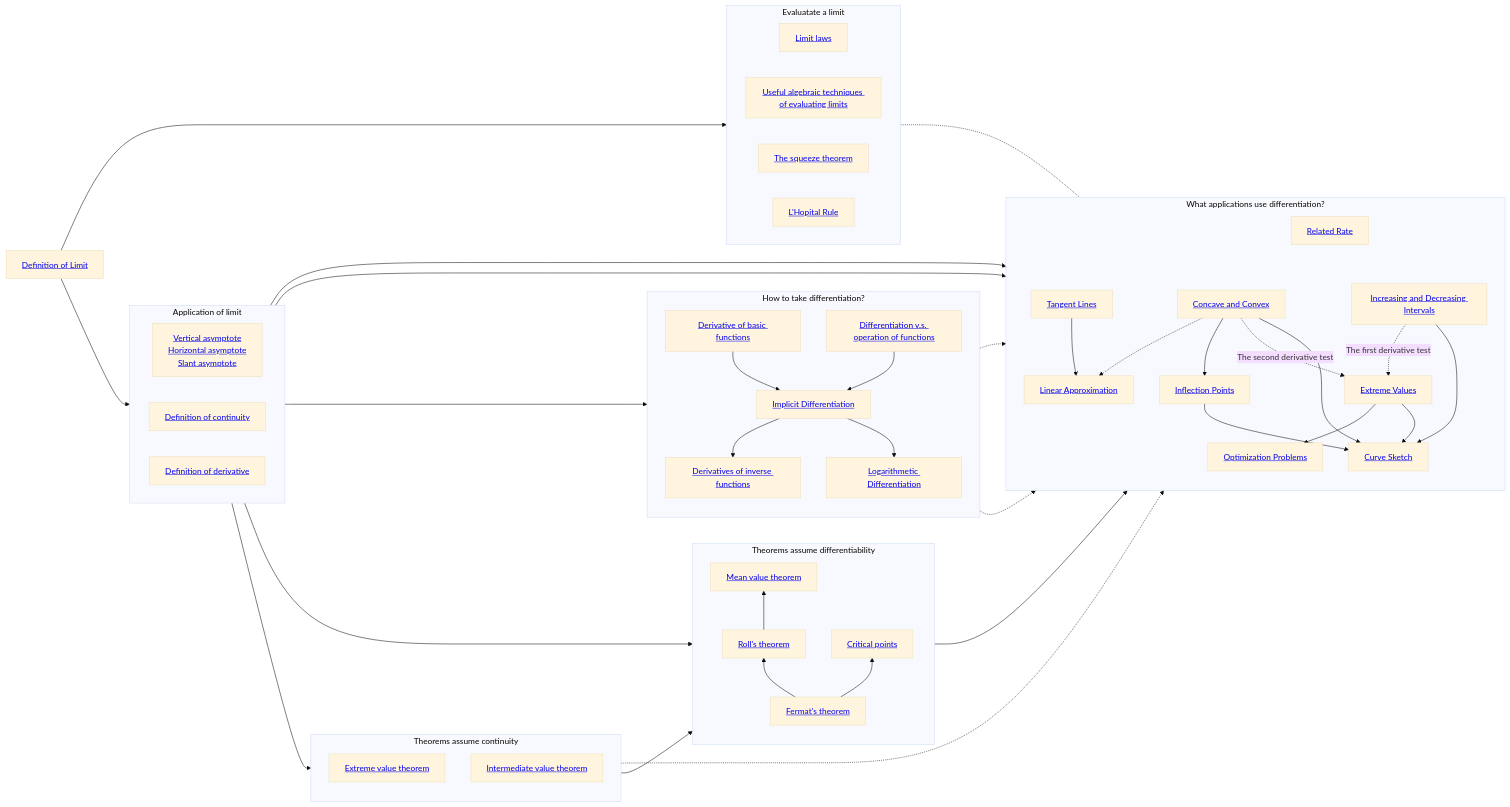
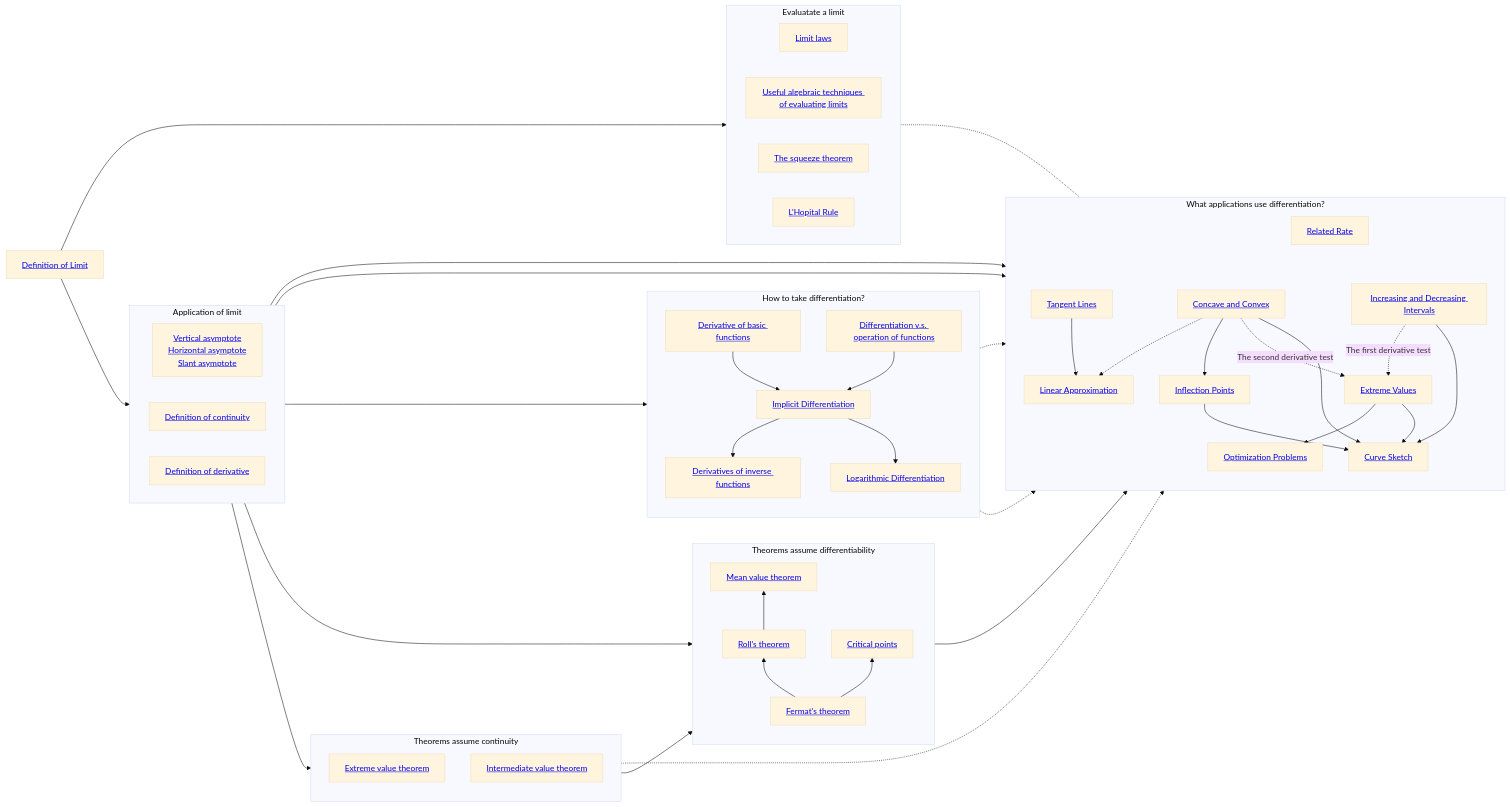
One commit to junwenwaynepeng/junwenwaynepeng.github.io changed the diagram in _posts/2023-10-19-Calculus-1-overview.md. Above: the diagram before and after it, drawn with Mermaid (base theme). The commit also changed 1 other file, not shown here.

```diff
--- a/_posts/2023-10-19-Calculus-1-overview.md
+++ b/_posts/2023-10-19-Calculus-1-overview.md
@@ -28,7 +28,7 @@
     BasicRules[<a href='../books/calculus/3-1-how-to-find-derivatives#differential-rules'>Differentiation v.s. operation of functions</a>];
     ImplicitDiff[<a href='../books/calculus/3-1-how-to-find-derivatives#implicit-differentiation'>Implicit Differentiation</a>];
     DiffInverse[<a href='../books/calculus/3-1-how-to-find-derivatives#derivatives-of-inverse-functions'>Derivatives of inverse functions</a>];
-    LogDiff[<a href='../books/calculus/3-1-how-to-find-derivatives#logarithmetic-differentiation'>Logarithmetic Differentiation</a>];
+    LogDiff[<a href='../books/calculus/3-1-how-to-find-derivatives#logarithmic-differentiation'>Logarithmic Differentiation</a>];
     Fermat[<a href='../books/calculus/3-2-theorems-assuming-differentiability#fermats-theorem'>Fermat's theorem</a>];
     Roll[<a href='../books/calculus/3-2-theorems-assuming-differentiability#rolls-theorem'>Roll's theorem</a>];
     MVT[<a href='../books/calculus/3-2-theorems-assuming-differentiability#the-mean-value-theorem'>Mean value theorem</a>];
```
